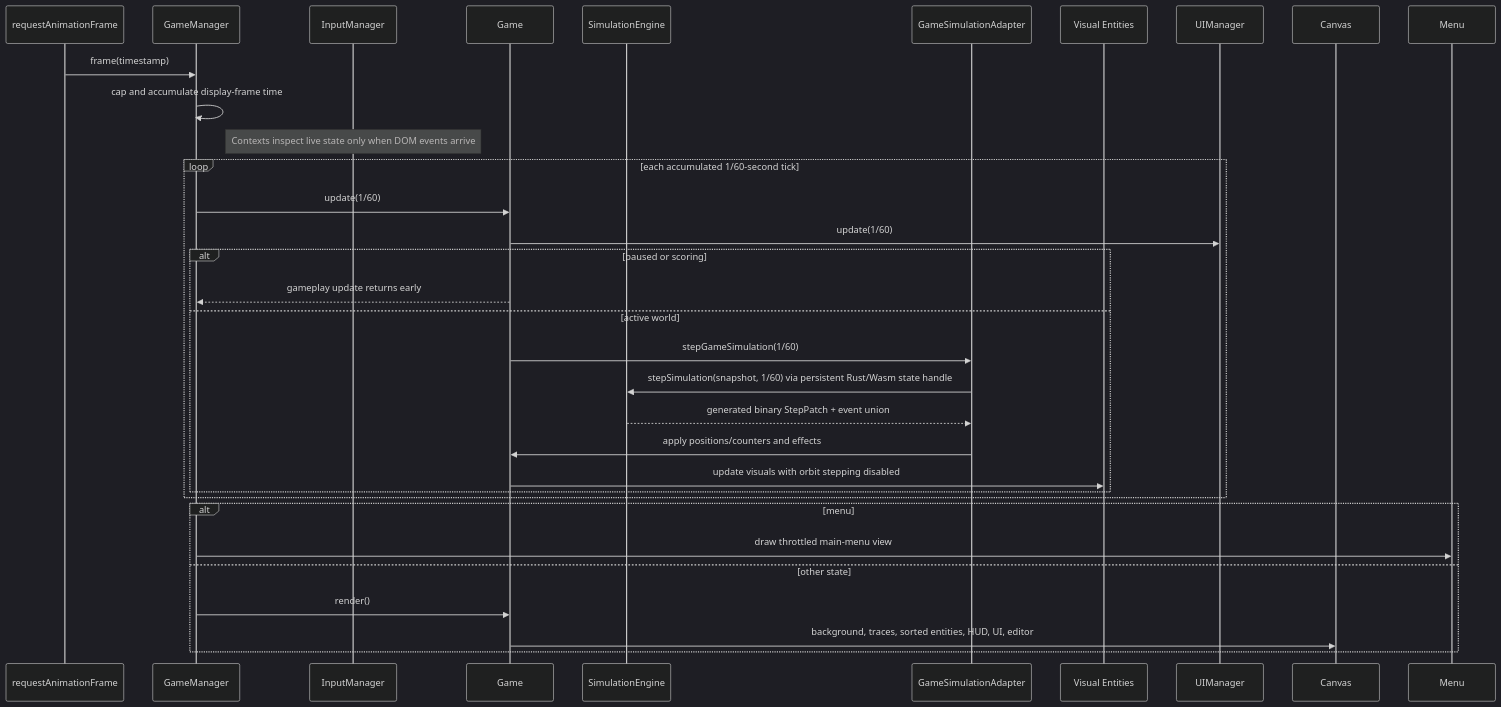
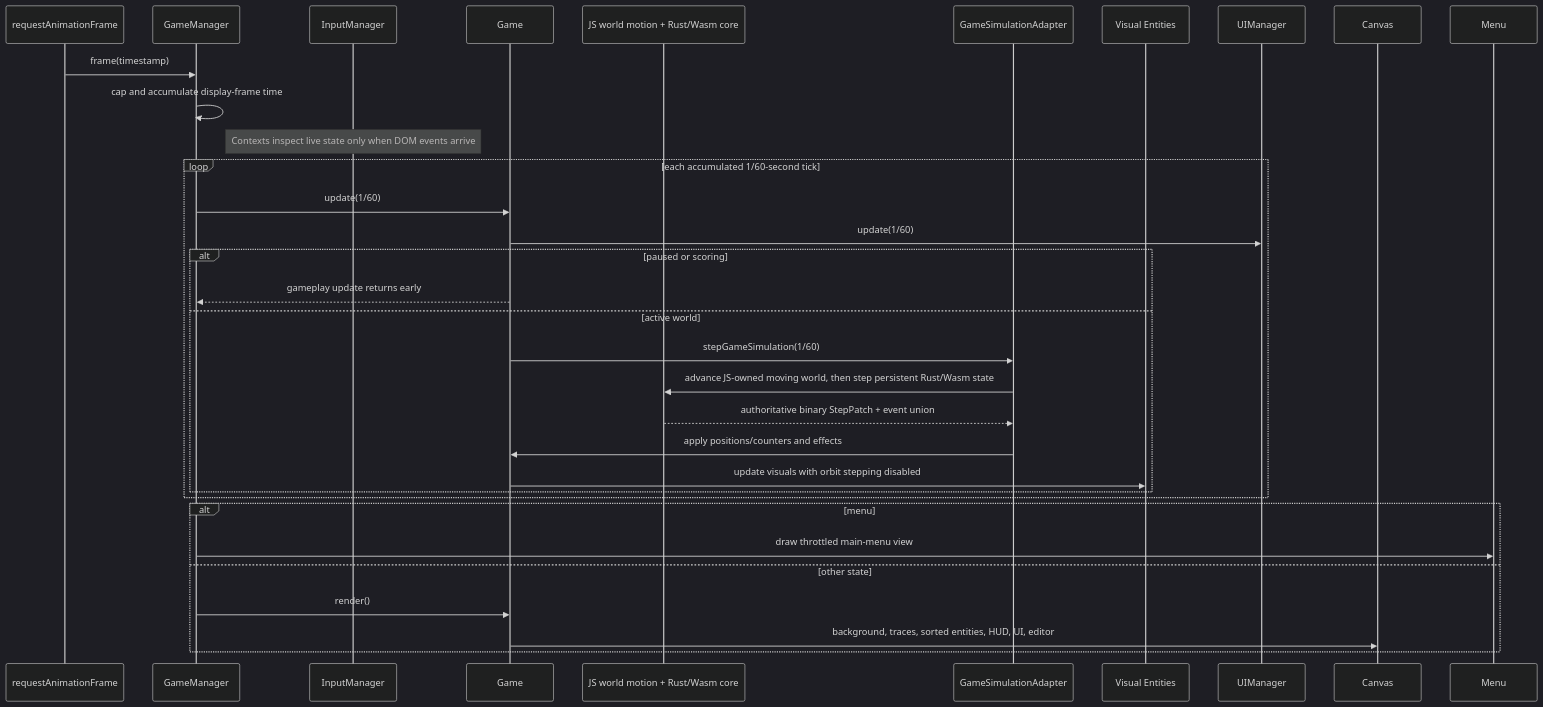
The fifth of 15 diagrams in ARCHITECTURE.md (Newah1/SpacedPenguin), drawn with Mermaid (dark theme) before and after one commit. The commit also changed other lines of this file and 7 other files, not shown here.

````diff
--- a/ARCHITECTURE.md
+++ b/ARCHITECTURE.md
@@ -224,35 +226,35 @@
 ```mermaid
 sequenceDiagram
     participant RAF as requestAnimationFrame
     participant GM as GameManager
     participant IA as InputManager
     participant G as Game
-    participant S as SimulationEngine
+    participant S as JS world motion + Rust/Wasm core
     participant A as GameSimulationAdapter
     participant E as Visual Entities
     participant UI as UIManager
     participant C as Canvas
 
     RAF->>GM: frame(timestamp)
     GM->>GM: cap and accumulate display-frame time
     Note over IA: Contexts inspect live state only when DOM events arrive
     loop each accumulated 1/60-second tick
         GM->>G: update(1/60)
         G->>UI: update(1/60)
         alt paused or scoring
             G-->>GM: gameplay update returns early
         else active world
             G->>A: stepGameSimulation(1/60)
-            A->>S: stepSimulation(snapshot, 1/60) via persistent Rust/Wasm state handle
-            S-->>A: generated binary StepPatch + event union
+            A->>S: advance JS-owned moving world, then step persistent Rust/Wasm state
+            S-->>A: authoritative binary StepPatch + event union
             A->>G: apply positions/counters and effects
             G->>E: update visuals with orbit stepping disabled
         end
     end
     alt menu
         GM->>Menu: draw throttled main-menu view
     else other state
         GM->>G: render()
         G->>C: background, traces, sorted entities, HUD, UI, editor
     end
 ```
````
